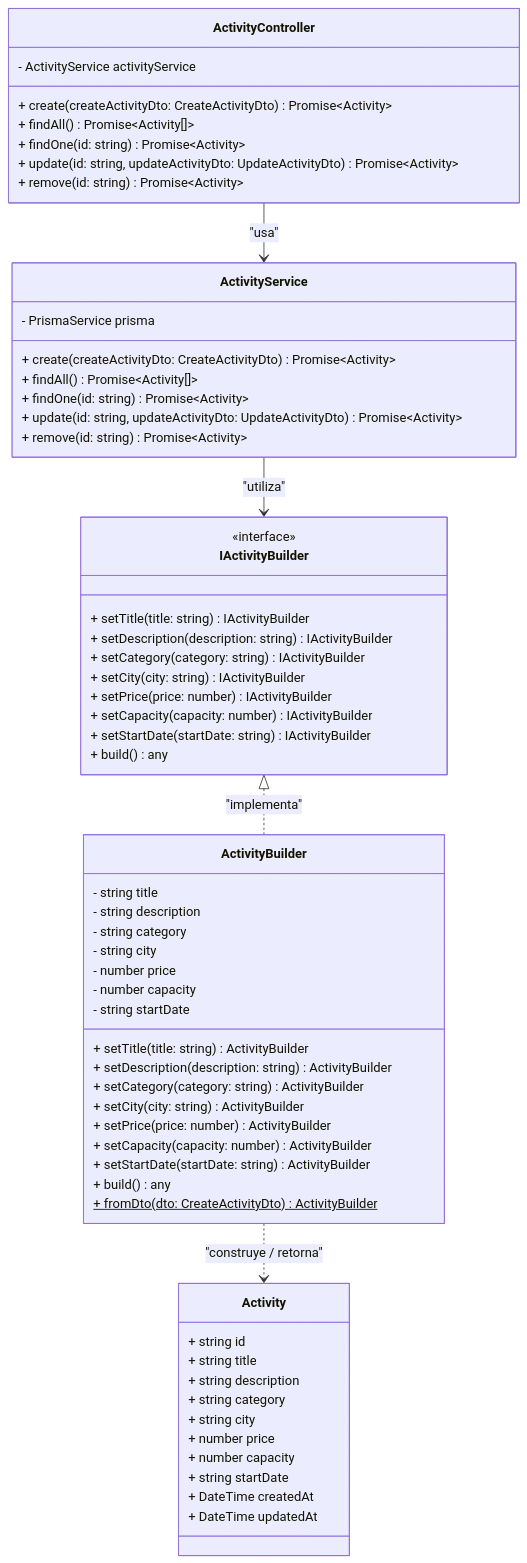
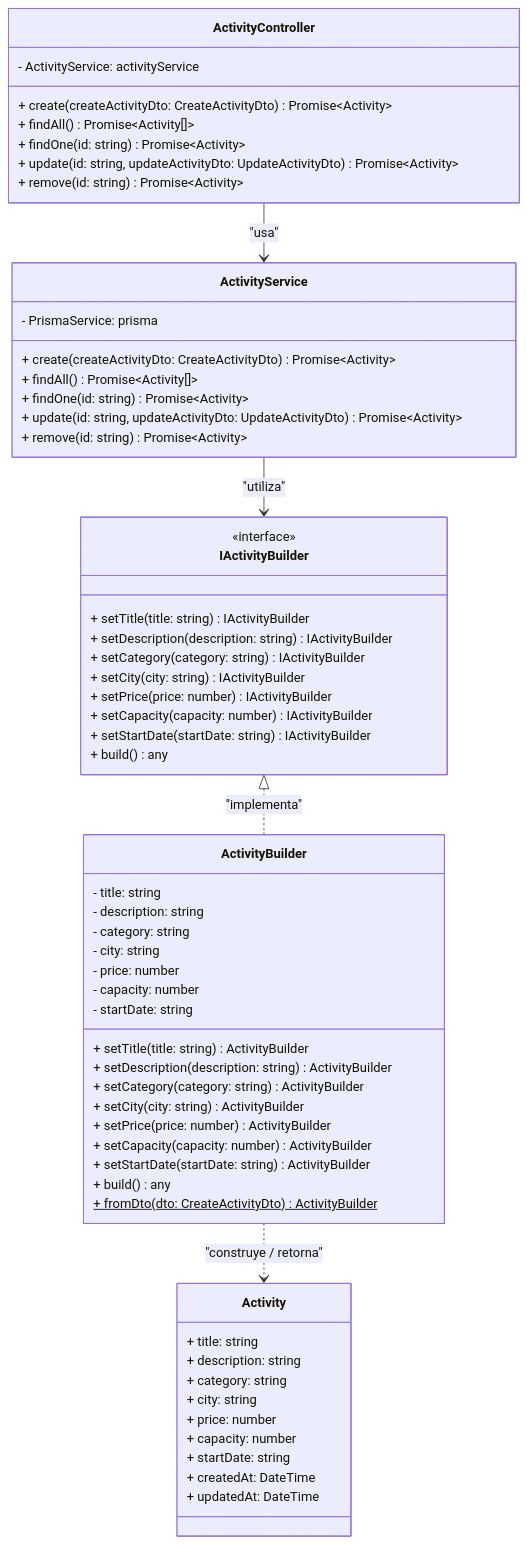
One commit to CaroDevs/Grupo1_Reto1_EventosMedellin changed the second of 2 diagrams in docs/patrones-creacionales/justificacion.md. Above: the diagram before and after it, drawn with Mermaid.

Commit message:
Update justificacion builder.md

````diff
--- a/docs/patrones-creacionales/justificacion.md
+++ b/docs/patrones-creacionales/justificacion.md
@@ -97,69 +97,68 @@
 ```mermaid
 classDiagram
     class ActivityController {
-        - ActivityService activityService
+        - ActivityService: activityService
         + create(createActivityDto: CreateActivityDto) Promise~Activity~
         + findAll() Promise~Activity[]~
         + findOne(id: string) Promise~Activity~
         + update(id: string, updateActivityDto: UpdateActivityDto) Promise~Activity~
         + remove(id: string) Promise~Activity~
     }
 
     class ActivityService {
-        - PrismaService prisma
+        - PrismaService: prisma
         + create(createActivityDto: CreateActivityDto) Promise~Activity~
         + findAll() Promise~Activity[]~
         + findOne(id: string) Promise~Activity~
         + update(id: string, updateActivityDto: UpdateActivityDto) Promise~Activity~
         + remove(id: string) Promise~Activity~
     }
 
     class IActivityBuilder {
         <<interface>>
         + setTitle(title: string) IActivityBuilder
         + setDescription(description: string) IActivityBuilder
         + setCategory(category: string) IActivityBuilder
         + setCity(city: string) IActivityBuilder
         + setPrice(price: number) IActivityBuilder
         + setCapacity(capacity: number) IActivityBuilder
         + setStartDate(startDate: string) IActivityBuilder
         + build() any
     }
 
     class ActivityBuilder {
-        - string title
-        - string description
-        - string category
-        - string city
-        - number price
-        - number capacity
-        - string startDate
+        - title: string 
+        - description: string 
+        - category: string 
+        - city: string 
+        - price: number 
+        - capacity: number
+        - startDate: string 
         + setTitle(title: string) ActivityBuilder
         + setDescription(description: string) ActivityBuilder
         + setCategory(category: string) ActivityBuilder
         + setCity(city: string) ActivityBuilder
         + setPrice(price: number) ActivityBuilder
         + setCapacity(capacity: number) ActivityBuilder
         + setStartDate(startDate: string) ActivityBuilder
         + build() any
         + fromDto(dto: CreateActivityDto)$ ActivityBuilder
     }
 
     class Activity {
-        + string id
-        + string title
-        + string description
-        + string category
-        + string city
-        + number price
-        + number capacity
-        + string startDate
-        + DateTime createdAt
-        + DateTime updatedAt
+        + title: string 
+        + description: string 
+        + category: string 
+        + city: string 
+        + price: number 
+        + capacity: number
+        + startDate: string 
+        + createdAt: DateTime
+        + updatedAt: DateTime
     }
 
     ActivityController --> ActivityService : "usa"
     ActivityService --> IActivityBuilder : "utiliza"
     IActivityBuilder <|.. ActivityBuilder : "implementa"
     ActivityBuilder ..> Activity : "construye / retorna"
 ```
````
